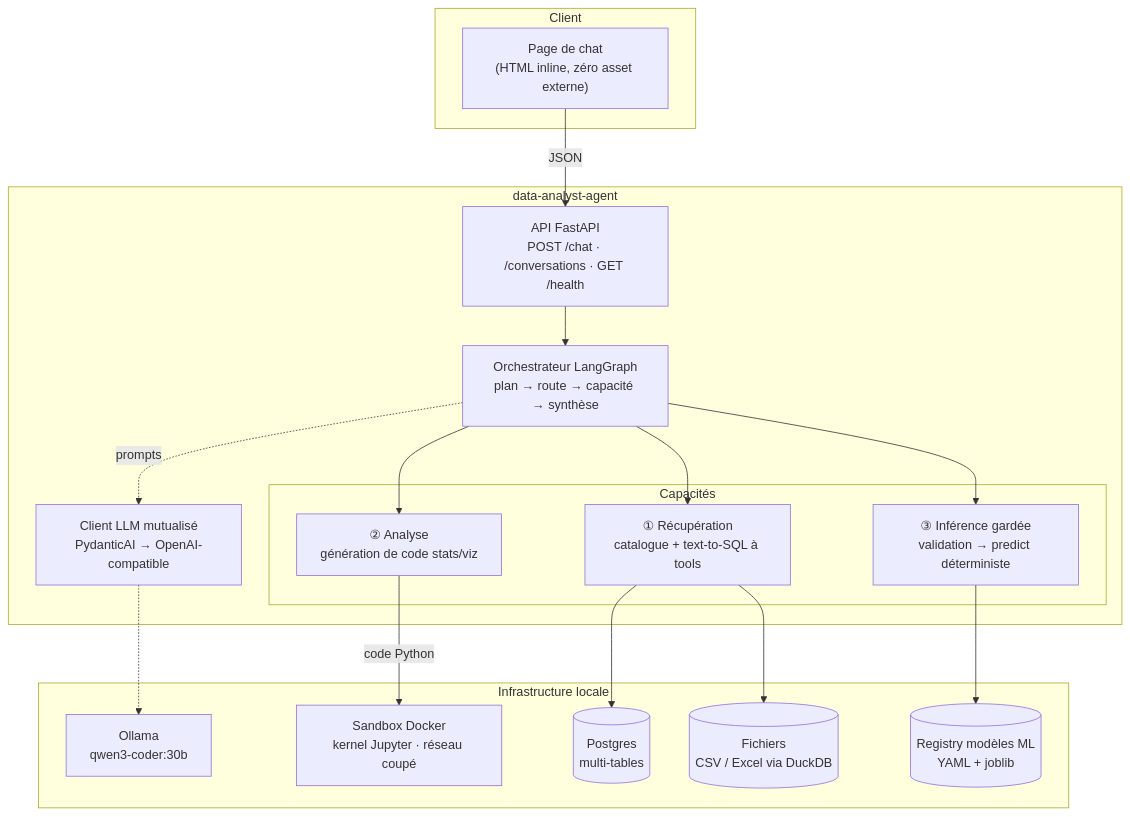
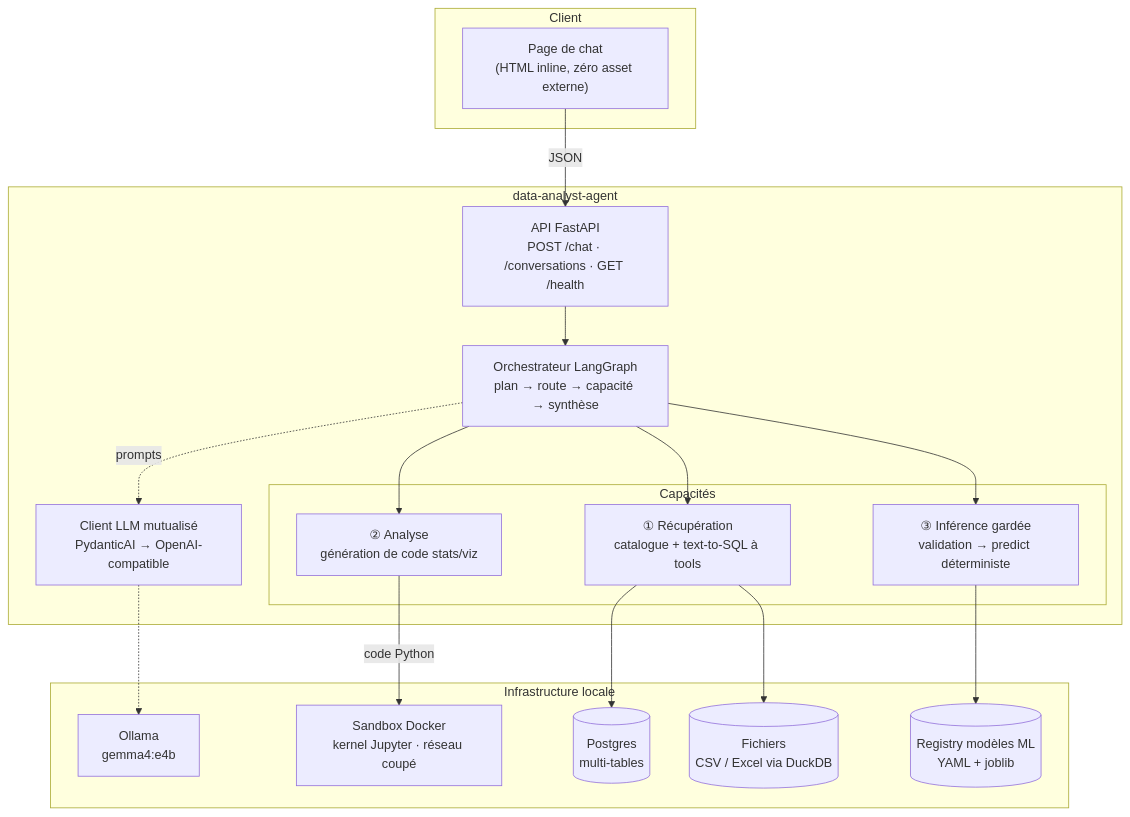
Before and after one commit to floSa/data-analyst-agent: the first of 3 diagrams in docs/ARCHITECTURE.md, drawn with Mermaid. The commit also changed other lines of this file and 2 other files, not shown here.

Commit message:
fix(llm): le repli du modèle désigne enfin un modèle servi
CADRAGE §5 visait qwen3-coder:30b, qui n'a jamais été chargé sur le service
central — celui-ci ne sert que gemma4:e4b. Le repli du code pointait donc un
modèle absent : une application lancée sans .env partait en 404 model not
found, et le masquage des erreurs ne laissait à l'utilisateur qu'un « je n'ai
pas réussi à interpréter la demande ». La cause n'était lisible que dans les
journaux ; le cas s'est présenté trois fois.

Le .env reste maître : rien ne change pour une instance configurée. Seul un
démarrage sans fichier d'environnement cesse d'échouer en silence.

````diff
--- a/docs/ARCHITECTURE.md
+++ b/docs/ARCHITECTURE.md
@@ -23,33 +23,33 @@
 ```mermaid
 flowchart TB
     subgraph client["Client"]
         UI["Page de chat<br/>(HTML inline, zéro asset externe)"]
     end
 
     subgraph app["data-analyst-agent"]
         API["API FastAPI<br/>POST /chat · /conversations · GET /health"]
         ORCH["Orchestrateur LangGraph<br/>plan → route → capacité → synthèse"]
         LLM["Client LLM mutualisé<br/>PydanticAI → OpenAI-compatible"]
 
         subgraph caps["Capacités"]
             RET["① Récupération<br/>catalogue + text-to-SQL à tools"]
             ANA["② Analyse<br/>génération de code stats/viz"]
             INF["③ Inférence gardée<br/>validation → predict déterministe"]
         end
     end
 
     subgraph infra["Infrastructure locale"]
-        OLLAMA["Ollama<br/>qwen3-coder:30b"]
+        OLLAMA["Ollama<br/>gemma4:e4b"]
         SBX["Sandbox Docker<br/>kernel Jupyter · réseau coupé"]
         PG[("Postgres<br/>multi-tables")]
         FILES[("Fichiers<br/>CSV / Excel via DuckDB")]
         REG[("Registry modèles ML<br/>YAML + joblib")]
     end
 
     UI -->|JSON| API --> ORCH
     ORCH --> RET & ANA & INF
     ORCH -.->|prompts| LLM -.-> OLLAMA
     RET --> PG & FILES
     ANA -->|code Python| SBX
     INF --> REG
 ```
````
